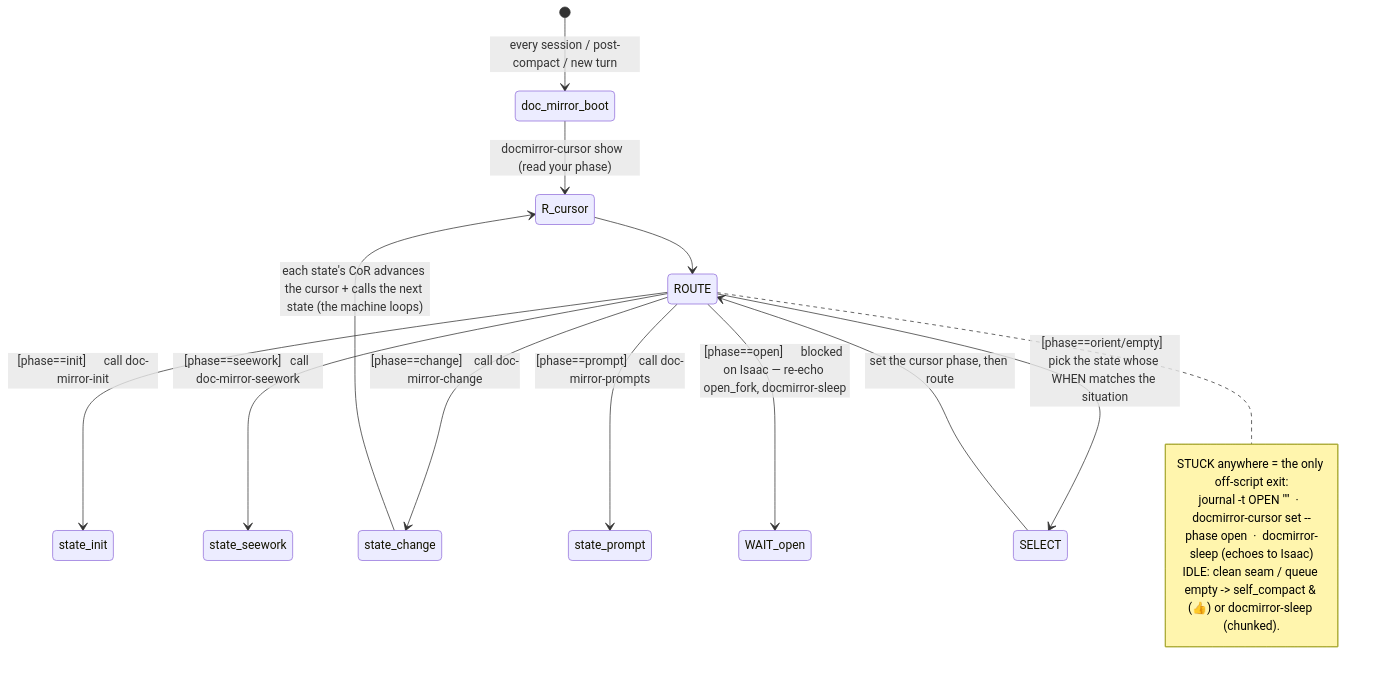
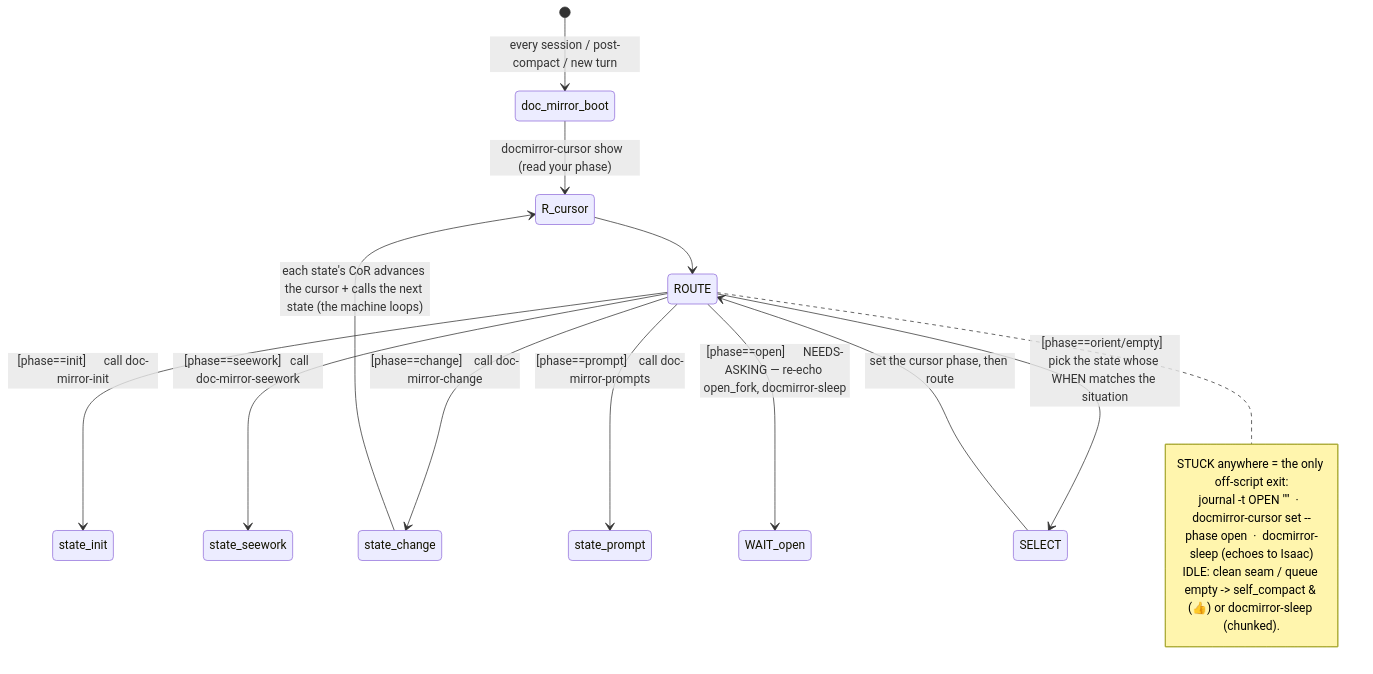
The diagram in skills/doc-mirror-boot/SKILL.md (sancovp/doc-mirror), drawn with Mermaid before and after one commit. The commit also changed 6 other files, not shown here.

````diff
--- a/skills/doc-mirror-boot/SKILL.md
+++ b/skills/doc-mirror-boot/SKILL.md
@@ -42,20 +42,20 @@
 ```mermaid
 stateDiagram-v2
     [*] --> doc_mirror_boot: every session / post-compact / new turn
     doc_mirror_boot --> R_cursor: docmirror-cursor show  (read your phase)
     R_cursor --> ROUTE
     state ROUTE <<choice>>
     ROUTE --> state_init:    [phase==init]      call doc-mirror-init
     ROUTE --> state_seework: [phase==seework]   call doc-mirror-seework
     ROUTE --> state_change:  [phase==change]    call doc-mirror-change
     ROUTE --> state_prompt:  [phase==prompt]    call doc-mirror-prompts
-    ROUTE --> WAIT_open:     [phase==open]      blocked on Isaac — re-echo open_fork, docmirror-sleep
+    ROUTE --> WAIT_open:     [phase==open]      NEEDS-ASKING — re-echo open_fork, docmirror-sleep
     ROUTE --> SELECT:        [phase==orient/empty]  pick the state whose WHEN matches the situation
     SELECT --> ROUTE: set the cursor phase, then route
     state_change --> R_cursor: each state's CoR advances the cursor + calls the next state (the machine loops)
     note right of ROUTE
         STUCK anywhere = the only off-script exit:
         journal -t OPEN "<fork>"  ·  docmirror-cursor set --phase open  ·  docmirror-sleep (echoes to Isaac)
         IDLE: clean seam / queue empty -> self_compact & (👍) or docmirror-sleep (chunked).
     end note
 ```
````
